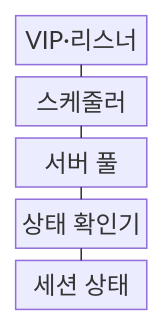
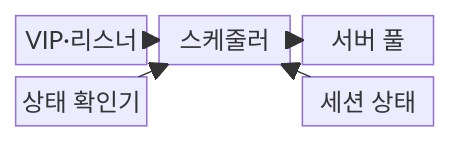
Before and after one commit to agnusdei1207/knowledge-base: the first of 2 diagrams in src/content/docs/notes/04-network/019_load_balancer_l4_l7.md, drawn with Mermaid. The commit also changed other lines of this file and 20 other files, not shown here.

````diff
--- a/src/content/docs/notes/04-network/019_load_balancer_l4_l7.md
+++ b/src/content/docs/notes/04-network/019_load_balancer_l4_l7.md
@@ -62,13 +61,14 @@
 ```mermaid
 block-beta
-    columns 1
-    A["VIP·리스너"]
-    B["스케줄러"]
-    C["서버 풀"]
-    D["상태 확인기"]
-    E["세션 상태"]
-    A --- B
-    B --- C
-    C --- D
-    D --- E
+    columns 3
+    VIP["VIP·리스너"]
+    SCH["스케줄러"]
+    POOL["서버 풀"]
+    HC["상태 확인기"]
+    space
+    SESSION["세션 상태"]
+    VIP --> SCH
+    SCH --> POOL
+    HC --> SCH
+    SESSION --> SCH
 ```
````
